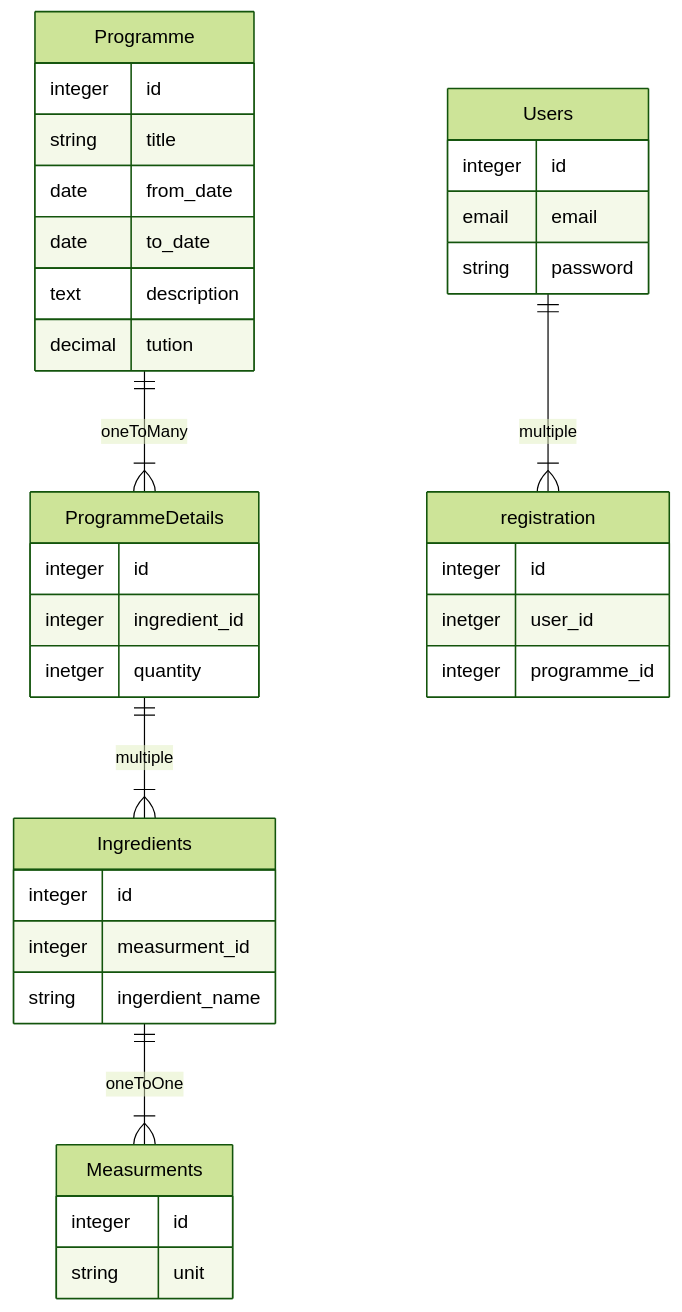
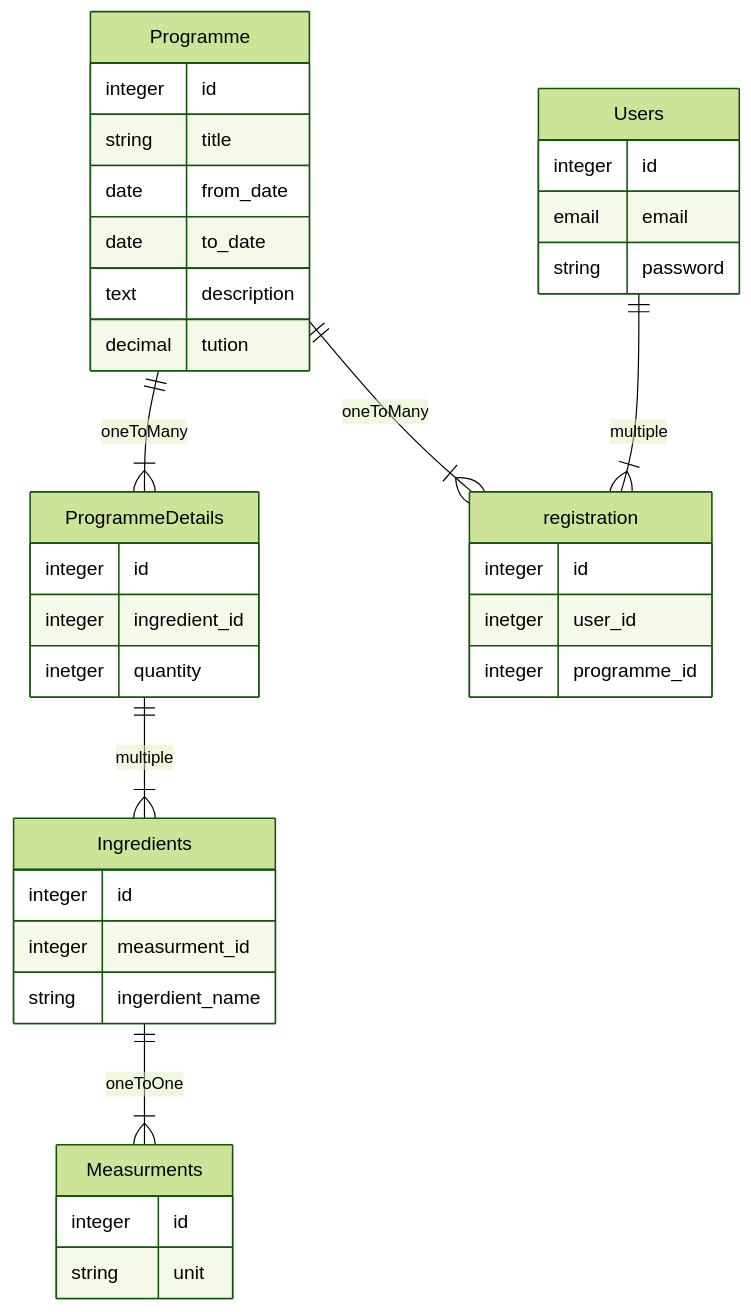
Before and after one commit to rpkrupali1/kitchen-around-you: the diagram in README.md, drawn with Mermaid (forest theme).

````diff
--- a/README.md
+++ b/README.md
@@ -3,46 +3,47 @@
 ```mermaid
 erDiagram
     Programme ||--|{ ProgrammeDetails : oneToMany
     ProgrammeDetails ||--|{ Ingredients : multiple
     Ingredients ||--|{ Measurments: oneToOne
     Users ||--|{ registration : multiple
+    Programme ||--|{ registration : oneToMany
 
     Programme {
         integer id
         string title
         date from_date
         date to_date
         text description
         decimal tution
     }
 
   ProgrammeDetails {
         integer id
         integer ingredient_id
         inetger quantity
     }
 
     Ingredients {
         integer id
         integer measurment_id
         string ingerdient_name
     }
 
     Measurments {
         integer id
         string unit
 
     }
 
     Users {
         integer id
         email email
         string password
     }
 
     registration {
         integer id
         inetger user_id
         integer programme_id
     }
 ```
````
